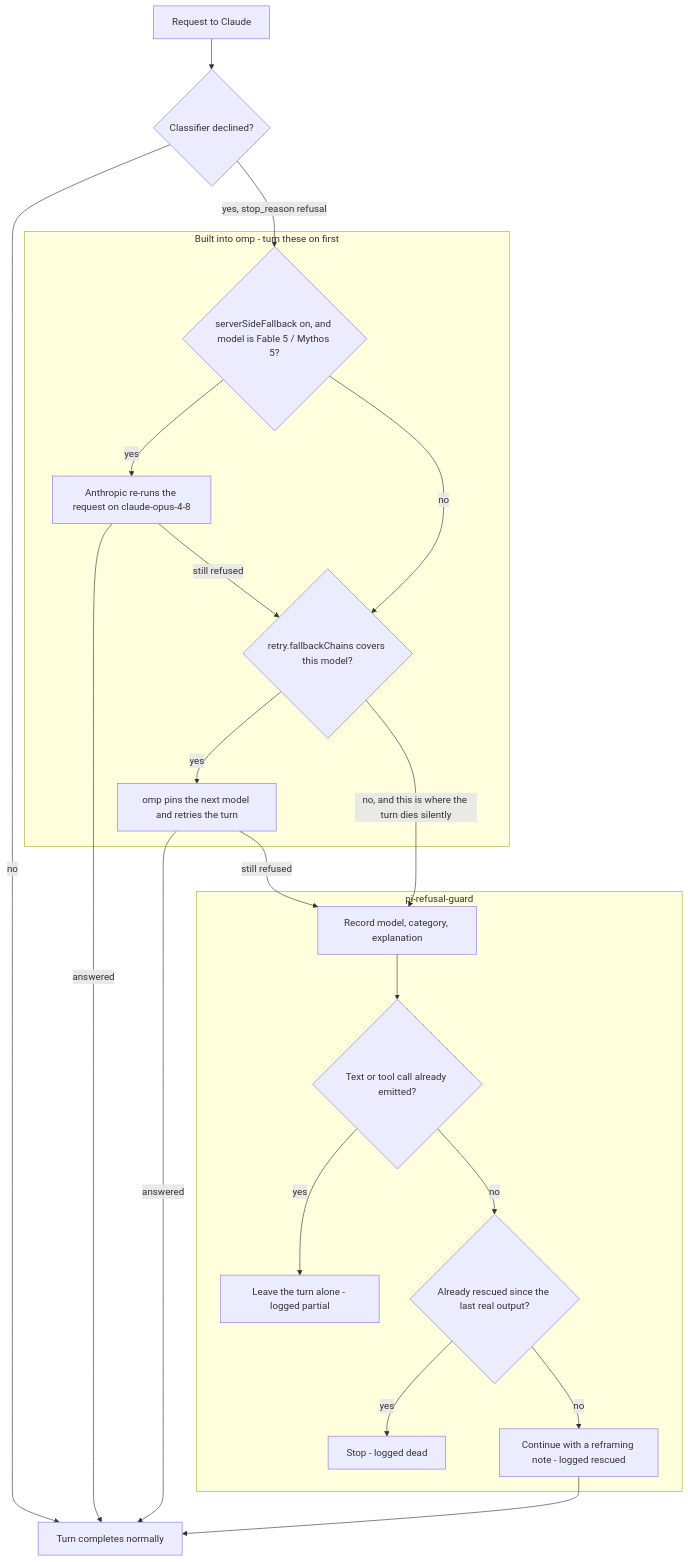
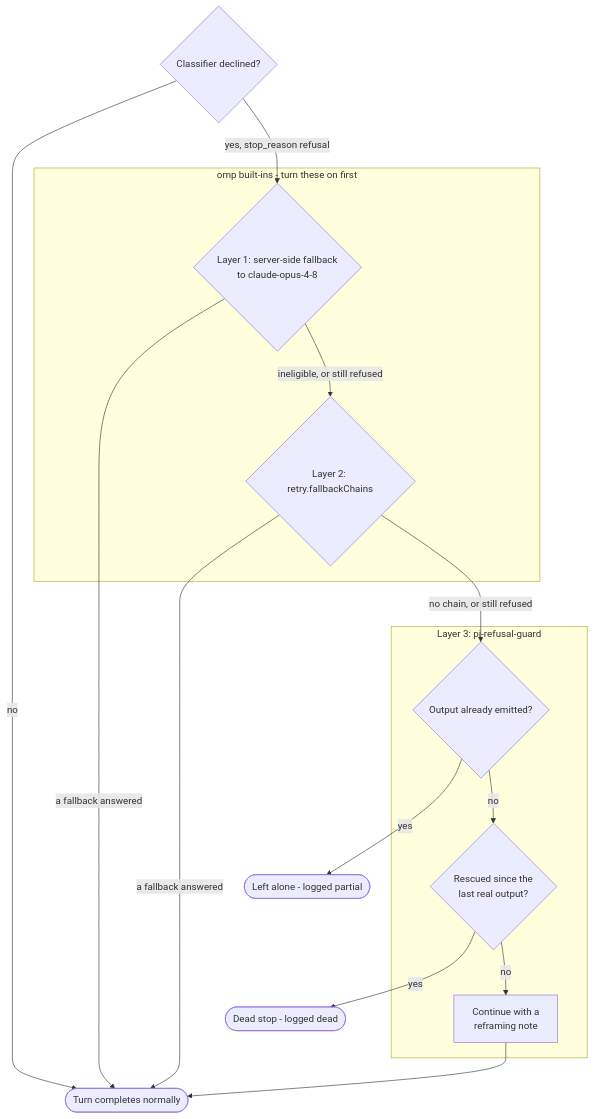
One commit to LoneExile/pi-refusal-guard changed the first of 2 diagrams in README.md. Above: the diagram before and after it, drawn with Mermaid. The commit also changed other lines of this file, not shown here.

Commit message:
docs: compress the refusal-flow diagram
The first render measured 838x2636 on GitHub - about three screens. Collapsing
each omp fallback layer into a single decision node cuts the chain from eleven
levels to seven without losing a branch.

````diff
--- a/README.md
+++ b/README.md
@@ -48,40 +48,31 @@
 ```mermaid
 flowchart TD
-    REQ["Request to Claude"]
     CLS{"Classifier declined?"}
-    DONE["Turn completes normally"]
+    DONE(["Turn completes normally"])
 
-    subgraph BUILTIN["Built into omp - turn these on first"]
-        L1{"serverSideFallback on, and model is Fable 5 / Mythos 5?"}
-        SSF["Anthropic re-runs the request on claude-opus-4-8"]
-        L2{"retry.fallbackChains covers this model?"}
-        CHAIN["omp pins the next model and retries the turn"]
+    subgraph BUILTIN["omp built-ins - turn these on first"]
+        L1{"Layer 1: server-side fallback<br/>to claude-opus-4-8"}
+        L2{"Layer 2: retry.fallbackChains"}
     end
 
-    subgraph GUARD["pi-refusal-guard"]
-        REC["Record model, category, explanation"]
-        PART{"Text or tool call already emitted?"}
-        LEAVE["Leave the turn alone - logged partial"]
-        CAP{"Already rescued since the last real output?"}
-        DEAD["Stop - logged dead"]
-        RESCUE["Continue with a reframing note - logged rescued"]
+    subgraph GUARD["Layer 3: pi-refusal-guard"]
+        PART{"Output already emitted?"}
+        CAP{"Rescued since the<br/>last real output?"}
+        RESCUE["Continue with a<br/>reframing note"]
     end
 
-    REQ --> CLS
+    LEAVE(["Left alone - logged partial"])
+    DEAD(["Dead stop - logged dead"])
+
     CLS -->|no| DONE
     CLS -->|"yes, stop_reason refusal"| L1
-    L1 -->|yes| SSF
-    L1 -->|no| L2
-    SSF -->|answered| DONE
-    SSF -->|"still refused"| L2
-    L2 -->|yes| CHAIN
-    L2 -->|"no, and this is where the turn dies silently"| REC
-    CHAIN -->|answered| DONE
-    CHAIN -->|"still refused"| REC
-    REC --> PART
+    L1 -->|"a fallback answered"| DONE
+    L1 -->|"ineligible, or still refused"| L2
+    L2 -->|"a fallback answered"| DONE
+    L2 -->|"no chain, or still refused"| PART
     PART -->|yes| LEAVE
     PART -->|no| CAP
     CAP -->|yes| DEAD
     CAP -->|no| RESCUE
     RESCUE --> DONE
 ```
````
